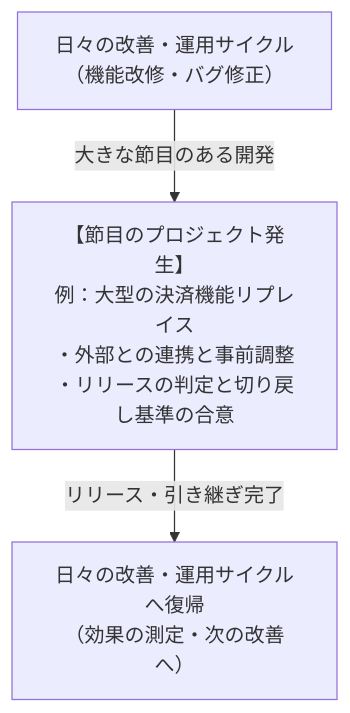
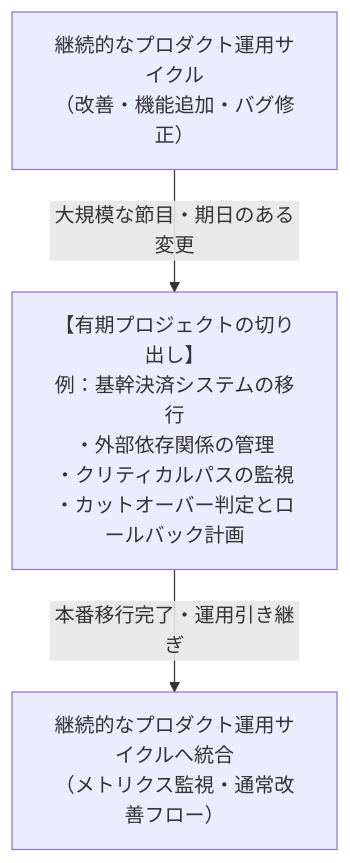
One commit to MasuqaT-NET/Zenn-contents changed the diagram in books/project-management-as-dandori/4.two-types.md. Above: the diagram before and after it, drawn with Mermaid. The commit also changed other lines of this file and 7 other files, not shown here.

````diff
--- a/books/project-management-as-dandori/4.two-types.md
+++ b/books/project-management-as-dandori/4.two-types.md
@@ -53,9 +46,9 @@
 ```mermaid
 flowchart TD
-    continuous1["日々の改善・運用サイクル<br>（機能改修・バグ修正）"]
-    project["【節目のプロジェクト発生】<br>例：大型の決済機能リプレイス<br>・外部との連携と事前調整<br>・リリースの判定と切り戻し基準の合意"]
-    continuous2["日々の改善・運用サイクルへ復帰<br>（効果の測定・次の改善へ）"]
+    continuous1["継続的なプロダクト運用サイクル<br>（改善・機能追加・バグ修正）"]
+    project["【有期プロジェクトの切り出し】<br>例：基幹決済システムの移行<br>・外部依存関係の管理<br>・クリティカルパスの監視<br>・カットオーバー判定とロールバック計画"]
+    continuous2["継続的なプロダクト運用サイクルへ統合<br>（メトリクス監視・通常改善フロー）"]
 
-    continuous1 -->|大きな節目のある開発| project
-    project -->|リリース・引き継ぎ完了| continuous2
+    continuous1 -->|大規模な節目・期日のある変更| project
+    project -->|本番移行完了・運用引き継ぎ| continuous2
 ```
````
